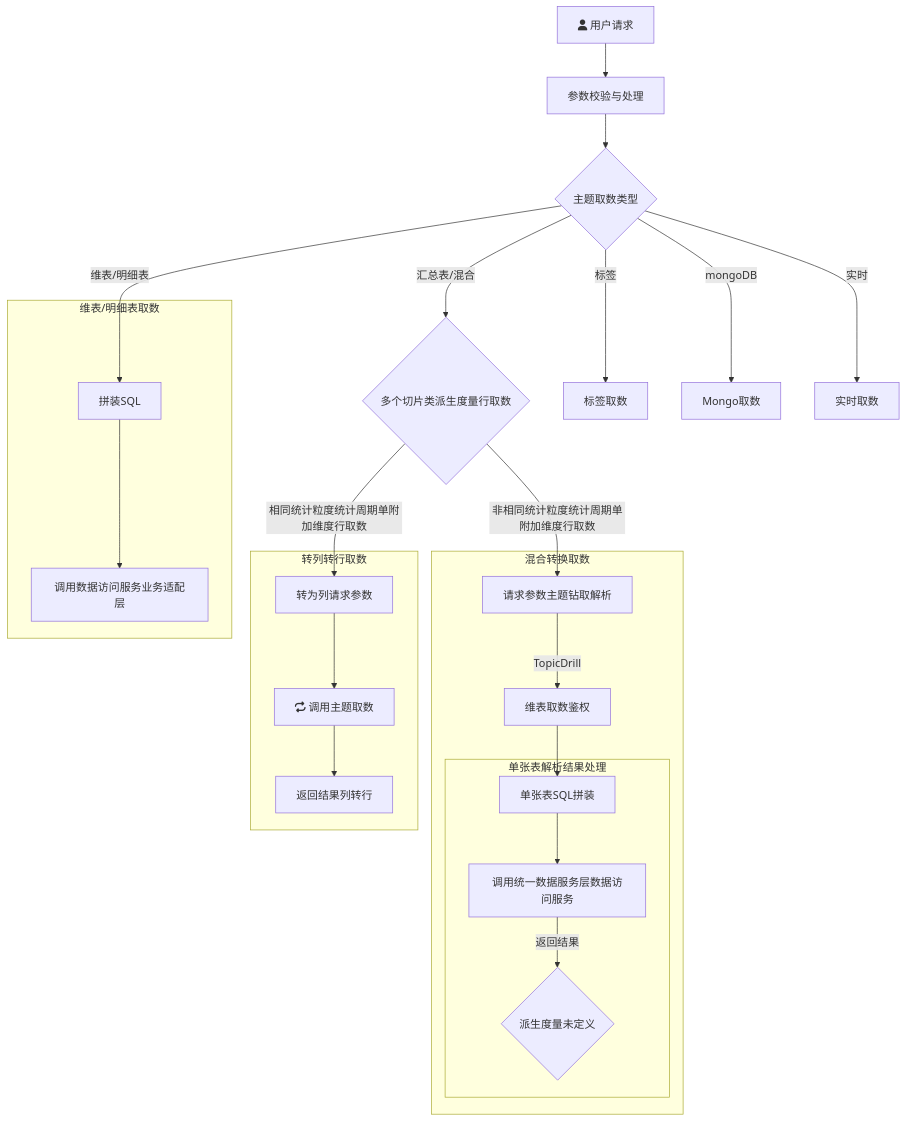
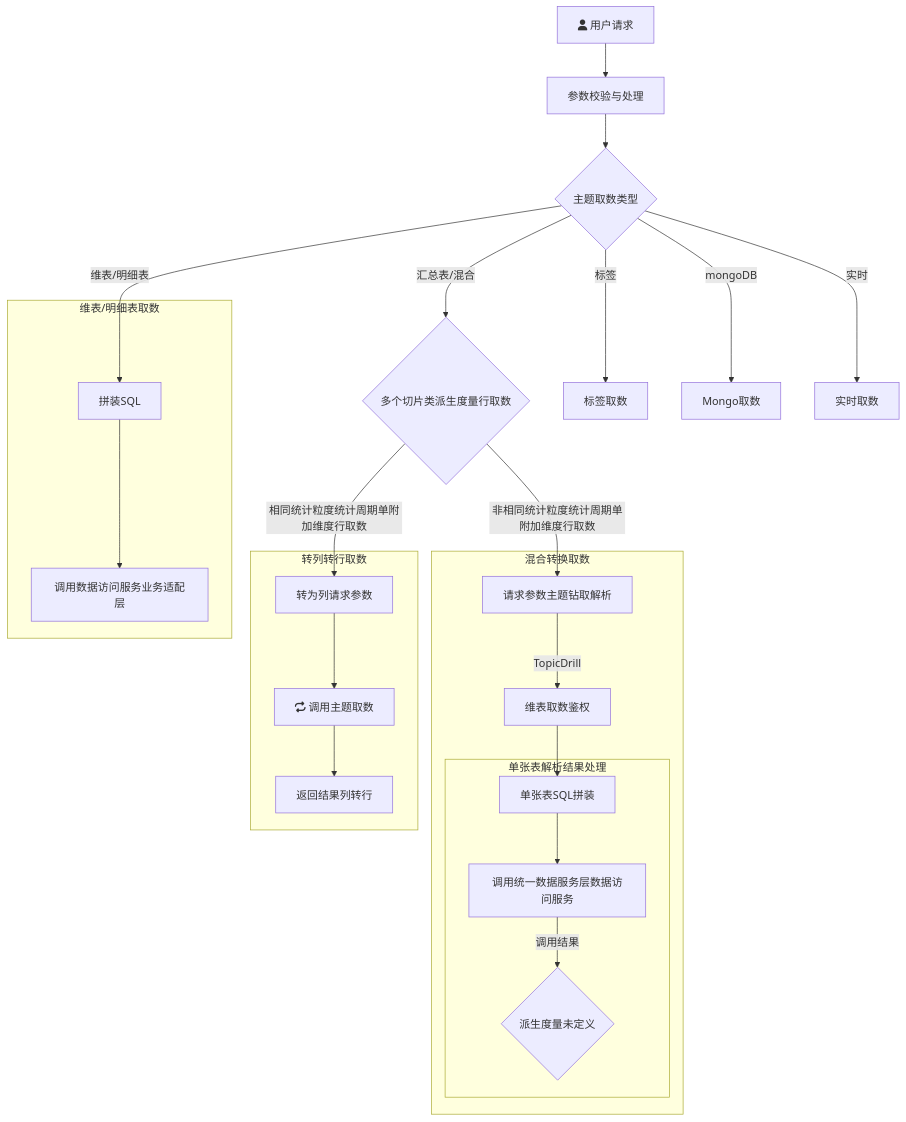
Before and after one commit to yanglosm/iodraw-files: the diagram in all/未命名.md, drawn with Mermaid.

Commit message:
2024-11-29 18:59:28 update

````diff
--- a/all/未命名.md
+++ b/all/未命名.md
@@ -1,23 +1,23 @@
 ```mermaid
 flowchart TD
     A[fa:fa-user 用户请求] -->A1[参数校验与处理] --> B{主题取数类型}
     B -->|维表/明细表| D[拼装SQL]
     B -->|汇总表/混合| E{多个切片类派生度量行取数}
     B -->|标签| F[标签取数]
     B -->|mongoDB| G[Mongo取数]
     B -->|实时| H[实时取数]
     E -->|相同统计粒度统计周期单附加维度行取数| E1[转为列请求参数]
     E -->|非相同统计粒度统计周期单附加维度行取数| T1[请求参数主题钻取解析]
     subgraph 维表/明细表取数
     D-->D1[调用数据访问服务业务适配层]
     end
     subgraph 转列转行取数
     E1-->E11[fa:fa-repeat 调用主题取数]-->E12[返回结果列转行]
     end
     subgraph 混合转换取数
     T1-->|TopicDrill| T2[维表取数鉴权] --> T31[单张表SQL拼装]
         subgraph 单张表解析结果处理
-        T31 --> T32[调用统一数据服务层数据访问服务] --> |返回结果|T33{派生度量未定义}
+        T31 --> T32[调用统一数据服务层数据访问服务] --> |调用结果|T33{派生度量未定义}
         end
     end
 ```
````
